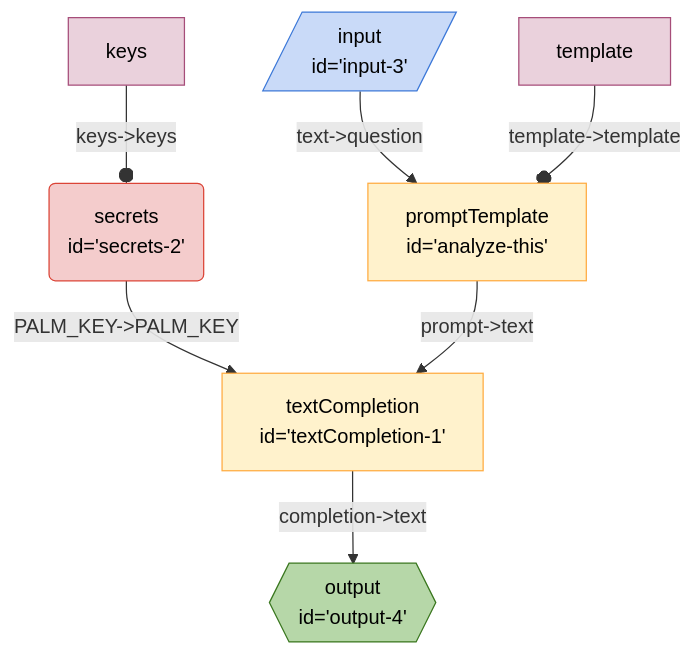
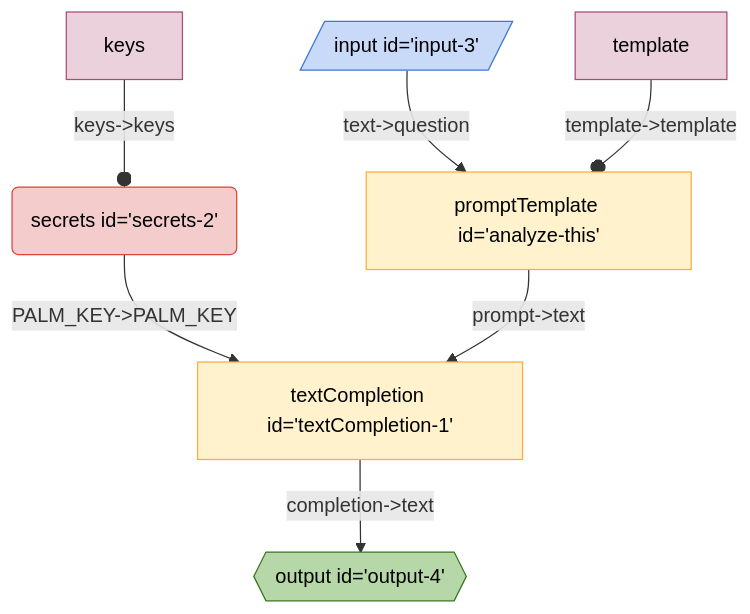
Before and after one commit to breadboard-ai/breadboard: the diagram in seeds/graph-playground/docs/graphs/simple-prompt.md, drawn with Mermaid. The commit also changed 17 other files, not shown here.

Commit message:
nit: remove extranous line break in mermaid sources

````diff
--- a/seeds/graph-playground/docs/graphs/simple-prompt.md
+++ b/seeds/graph-playground/docs/graphs/simple-prompt.md
@@ -5,26 +5,18 @@
   ```mermaid
   %%{init: 'themeVariables': { 'fontFamily': 'Fira Code, monospace' }}%%
 graph TD;
-secrets2("secrets
-id='secrets-2'"):::secrets -- "PALM_KEY->PALM_KEY" --> textCompletion1["textCompletion
-id='textCompletion-1'"]
-textCompletion1["textCompletion
-id='textCompletion-1'"] -- "completion->text" --> output4{{"output
-id='output-4'"}}:::output
-analyzethis["promptTemplate
-id='analyze-this'"] -- "prompt->text" --> textCompletion1["textCompletion
-id='textCompletion-1'"]
-input3[/"input
-id='input-3'"/]:::input -- "text->question" --> analyzethis["promptTemplate
-id='analyze-this'"]
+secrets2("secrets id='secrets-2'"):::secrets -- "PALM_KEY->PALM_KEY" --> textCompletion1["textCompletion id='textCompletion-1'"]
+textCompletion1["textCompletion id='textCompletion-1'"] -- "completion->text" --> output4{{"output id='output-4'"}}:::output
+analyzethis["promptTemplate id='analyze-this'"] -- "prompt->text" --> textCompletion1["textCompletion id='textCompletion-1'"]
+input3[/"input id='input-3'"/]:::input -- "text->question" --> analyzethis["promptTemplate id='analyze-this'"]
 keyssecrets2[keys]:::config -- "keys->keys" --o secrets2
 templateanalyzethis[template]:::config -- "template->template" --o analyzethis
 classDef default stroke:#ffab40,fill:#fff2ccff,color:#000
 classDef input stroke:#3c78d8,fill:#c9daf8ff,color:#000
 classDef output stroke:#38761d,fill:#b6d7a8ff,color:#000
 classDef passthrough stroke:#a64d79,fill:#ead1dcff,color:#000
 classDef slot stroke:#a64d79,fill:#ead1dcff,color:#000
 classDef config stroke:#a64d79,fill:#ead1dcff,color:#000
 classDef secrets stroke:#db4437,fill:#f4cccc,color:#000
 classDef slotted stroke:#a64d79
   ```
````
